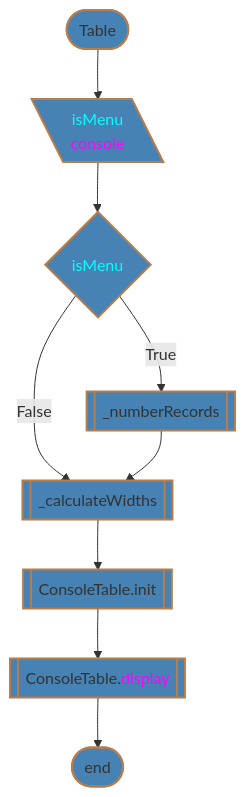
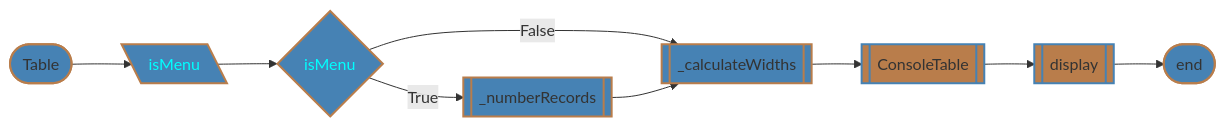
One commit to 7s4e/p3 changed diagram 17 of 20 in pyScripts/docs/table.md. Above: the diagram before and after it, drawn with Mermaid. The commit also changed other lines of this file and 7 other files, not shown here.

````diff
--- a/pyScripts/docs/table.md
+++ b/pyScripts/docs/table.md
@@ -557,21 +560,21 @@
 ```mermaid
-flowchart
-    classDef shape fill:#4682b4,stroke:#b97d4b,stroke-width:2px
-    STR([Table]):::shape
+flowchart LR
+    classDef this fill:#4682b4,stroke:#b97d4b,stroke-width:2px
+    classDef that fill:#b97d4b,stroke:#4682b4,stroke-width:2px
+    STR([Table]):::this
         STR --> INP
-    INP[\"<span style='color:cyan;'>isMenu</span>
-          <span style='color:magenta;'>console</span>"\]:::shape
+    INP[\"<span style='color:cyan;'>isMenu</span>"\]:::this
         INP --> IIM
-    IIM{"<span style='color:cyan;'>isMenu</span>"}:::shape
+    IIM{"<span style='color:cyan;'>isMenu</span>"}:::this
         IIM -- True  --> NBR
         IIM -- False --> CWD
-    NBR[[_numberRecords]]:::shape
+    NBR[[_numberRecords]]:::this
         NBR --> CWD
-    CWD[[_calculateWidths]]:::shape
+    CWD[[_calculateWidths]]:::this
         CWD --> CST
-    CST[[ConsoleTable.init]]:::shape
+    CST[[ConsoleTable]]:::that
         CST --> DIS
-    DIS[["ConsoleTable.<span style='color:magenta;'>display</span>"]]:::shape
+    DIS[[display]]:::that
         DIS --> END
-    END([end]):::shape
+    END([end]):::this
 ```
````
